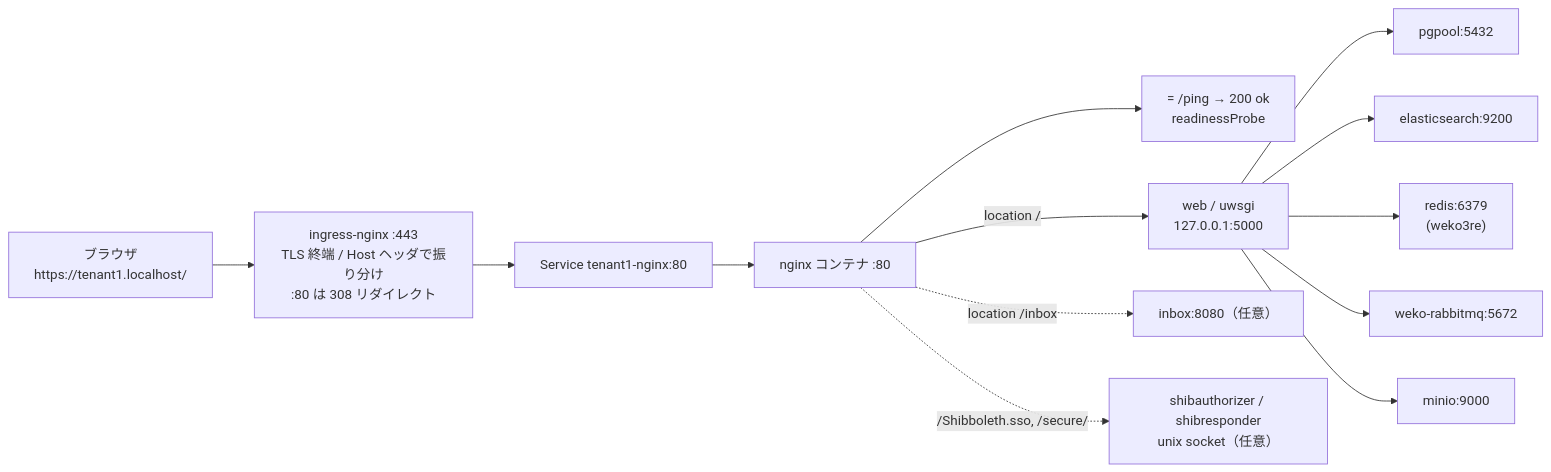
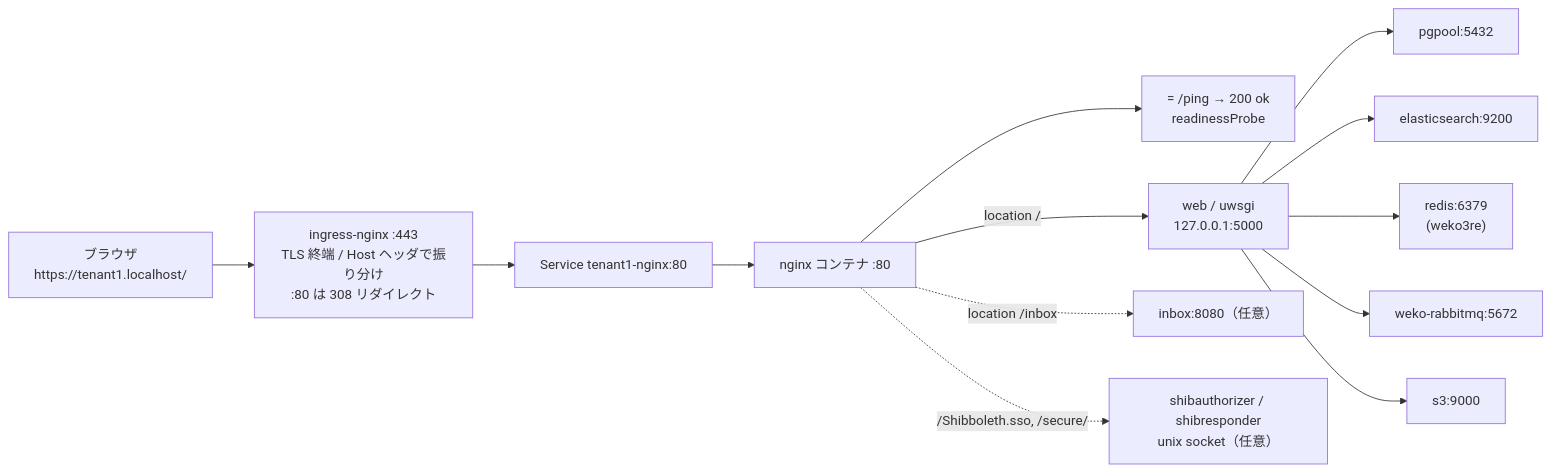
One commit to RCOSDP/weko-workshop changed the third of 4 diagrams in weko-k8s-sample/k8s-weko/README-arm64.md. Above: the diagram before and after it, drawn with Mermaid. The commit also changed other lines of this file and 44 other files, not shown here.

````diff
--- a/weko-k8s-sample/k8s-weko/README-arm64.md
+++ b/weko-k8s-sample/k8s-weko/README-arm64.md
@@ -435,27 +464,27 @@
 ```mermaid
 flowchart LR
   b["ブラウザ<br/>https://tenant1.localhost/"]
   ing["ingress-nginx :443<br/>TLS 終端 / Host ヘッダで振り分け<br/>:80 は 308 リダイレクト"]
   svc["Service tenant1-nginx:80"]
   ng["nginx コンテナ :80"]
   ping["= /ping → 200 ok<br/>readinessProbe"]
   uw["web / uwsgi<br/>127.0.0.1:5000"]
   inbox["inbox:8080（任意）"]
   shib["shibauthorizer / shibresponder<br/>unix socket（任意）"]
   pgpool["pgpool:5432"]
   es["elasticsearch:9200"]
   redis["redis:6379<br/>(weko3re)"]
   mq["weko-rabbitmq:5672"]
-  minio["minio:9000"]
+  s3["s3:9000"]
 
   b --> ing --> svc --> ng
   ng --> ping
   ng -->|"location /"| uw
   ng -.->|"location /inbox"| inbox
   ng -.->|"/Shibboleth.sso, /secure/"| shib
   uw --> pgpool
   uw --> es
   uw --> redis
   uw --> mq
-  uw --> minio
+  uw --> s3
 ```
````
